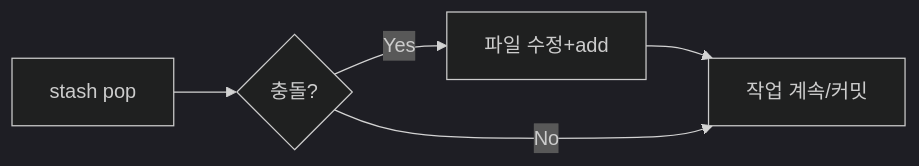
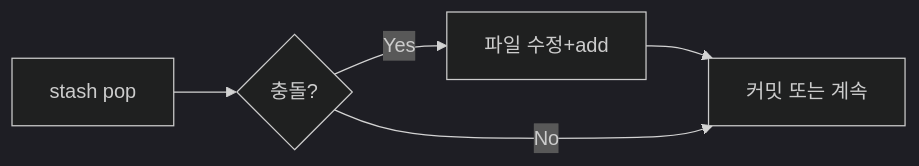
Before and after one commit to skycar321/learning-code: the fifth of 5 diagrams in content/tools/git_cli/Step5_Git_Practical_Scenarios.md, drawn with Mermaid (dark theme). The commit also changed other lines of this file and 39 other files, not shown here.

````diff
--- a/content/tools/git_cli/Step5_Git_Practical_Scenarios.md
+++ b/content/tools/git_cli/Step5_Git_Practical_Scenarios.md
@@ -149,7 +141,7 @@
 ```mermaid
 flowchart LR
   A[stash pop] --> B{충돌?}
   B -->|Yes| C[파일 수정+add]
-  C --> D[작업 계속/커밋]
+  C --> D[커밋 또는 계속]
   B -->|No| D
 ```
````
